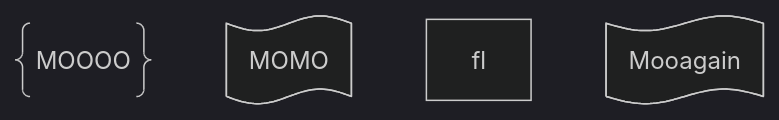
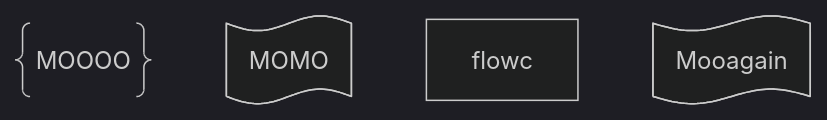
Before and after one commit to gerbssusd/dok: the diagram in slides.md, drawn with Mermaid (dark theme).

````diff
--- a/slides.md
+++ b/slides.md
@@ -217,9 +217,9 @@
 ```mermaid
 flowchart TD
     A@{ shape: braces, label: "MOOOO" }
     B@{ shape: flag, label: "MOMO"}
-fl
+flowc
     C@{ shape: flag, label: "Mooagain"}
 
 
 ```
````
